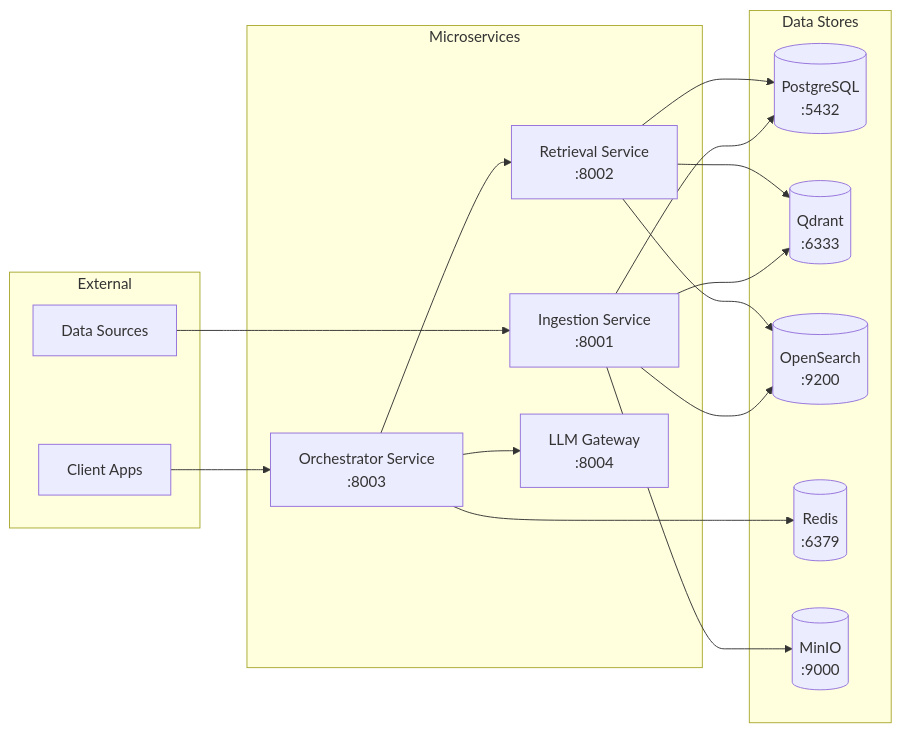
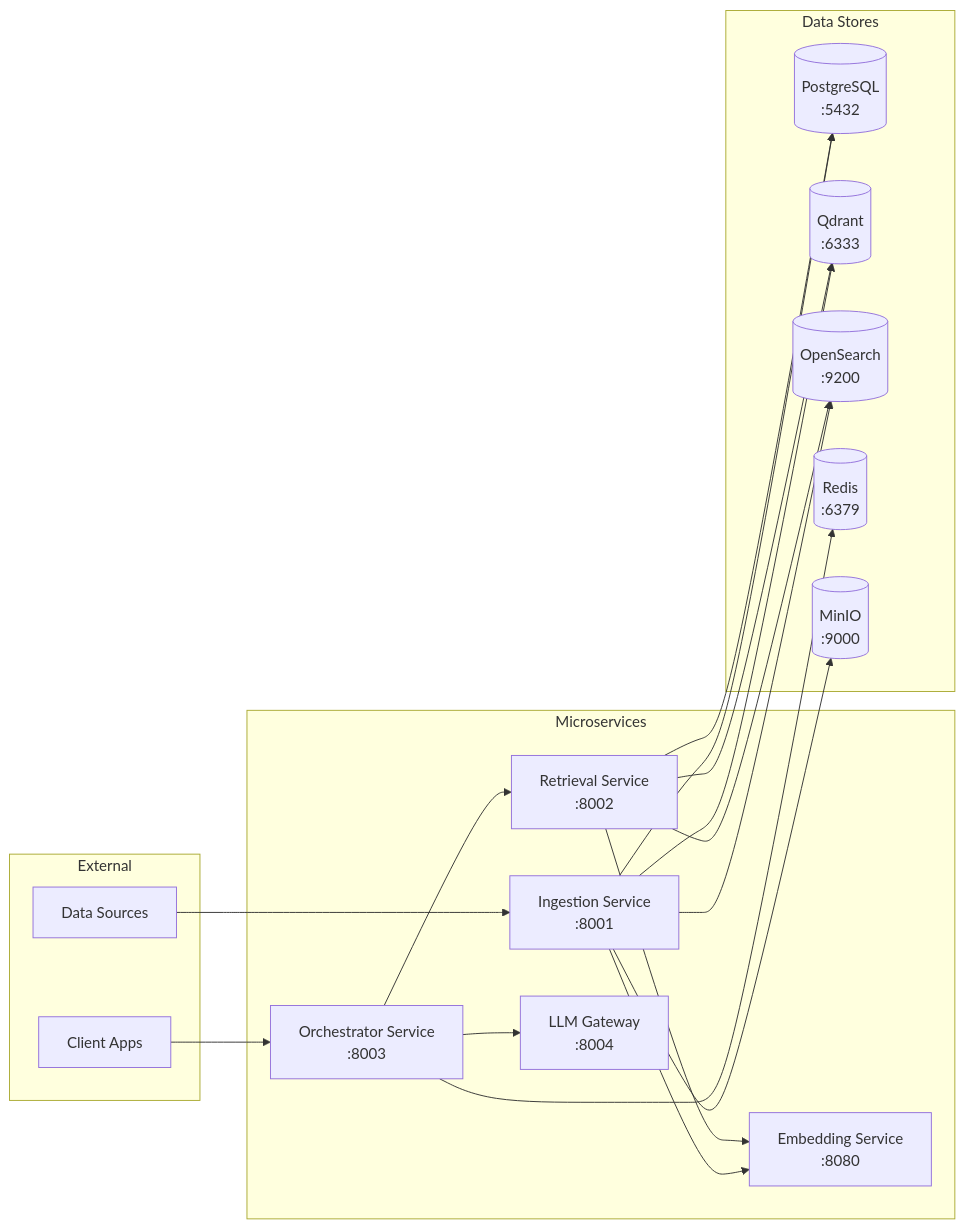
One commit to RogierKonings/ultimate-rag-pipeline changed the second of 9 diagrams in docs/architecture.md. Above: the diagram before and after it, drawn with Mermaid. The commit also changed 60 other files, not shown here.

````diff
--- a/docs/architecture.md
+++ b/docs/architecture.md
@@ -157,35 +157,38 @@
 ```mermaid
 flowchart LR
     subgraph External["External"]
         Client[Client Apps]
         Sources[Data Sources]
     end
     
     subgraph Services["Microservices"]
         ING[Ingestion Service<br/>:8001]
         RET[Retrieval Service<br/>:8002]
         ORC[Orchestrator Service<br/>:8003]
         LLM[LLM Gateway<br/>:8004]
+        EMB[Embedding Service<br/>:8080]
     end
     
     subgraph Data["Data Stores"]
         PG[(PostgreSQL<br/>:5432)]
         QD[(Qdrant<br/>:6333)]
         OS[(OpenSearch<br/>:9200)]
         RD[(Redis<br/>:6379)]
         S3[(MinIO<br/>:9000)]
     end
     
     Client --> ORC
     Sources --> ING
     ING --> PG
     ING --> QD
     ING --> OS
     ING --> S3
+    ING --> EMB
     RET --> QD
     RET --> OS
     RET --> PG
+    RET --> EMB
     ORC --> RET
     ORC --> LLM
     ORC --> RD
 ```
````
